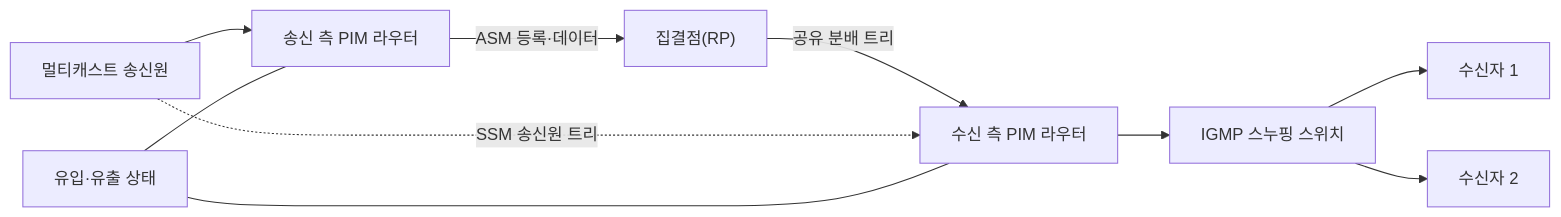
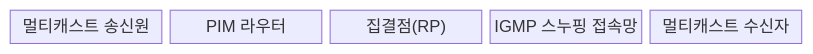
One commit to agnusdei1207/knowledge-base changed the first of 2 diagrams in src/content/docs/notes/04-network/116_multicast_igmp_pim.md. Above: the diagram before and after it, drawn with Mermaid. The commit also changed other lines of this file and 9 other files, not shown here.

````diff
--- a/src/content/docs/notes/04-network/116_multicast_igmp_pim.md
+++ b/src/content/docs/notes/04-network/116_multicast_igmp_pim.md
@@ -56,12 +58,9 @@
 ```mermaid
-flowchart LR
-  S["멀티캐스트 송신원"] --> U["송신 측 PIM 라우터"]
-  U -->|"ASM 등록·데이터"| P["집결점(RP)"]
-  P -->|"공유 분배 트리"| E["수신 측 PIM 라우터"]
-  S -. "SSM 송신원 트리" .-> E
-  E --> W["IGMP 스누핑 스위치"]
-  W --> H1["수신자 1"]
-  W --> H2["수신자 2"]
-  C["유입·유출 상태"] --- U
-  C --- E
+block-beta
+  columns 5
+  A["멀티캐스트 송신원"]
+  B["PIM 라우터"]
+  C["집결점(RP)"]
+  D["IGMP 스누핑 접속망"]
+  E["멀티캐스트 수신자"]
 ```
````
